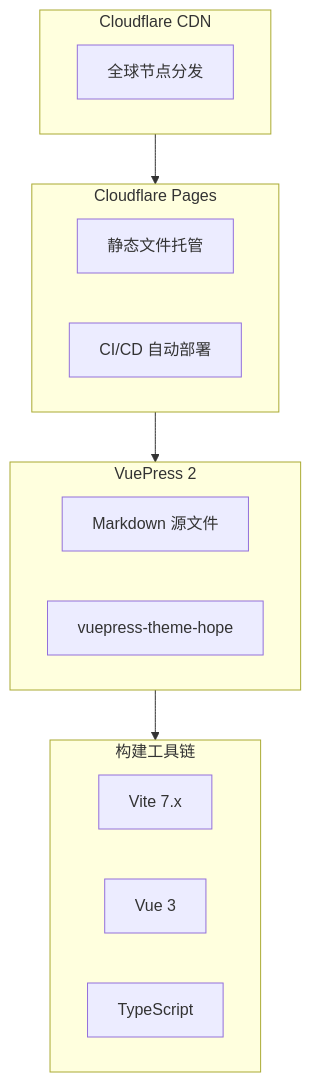
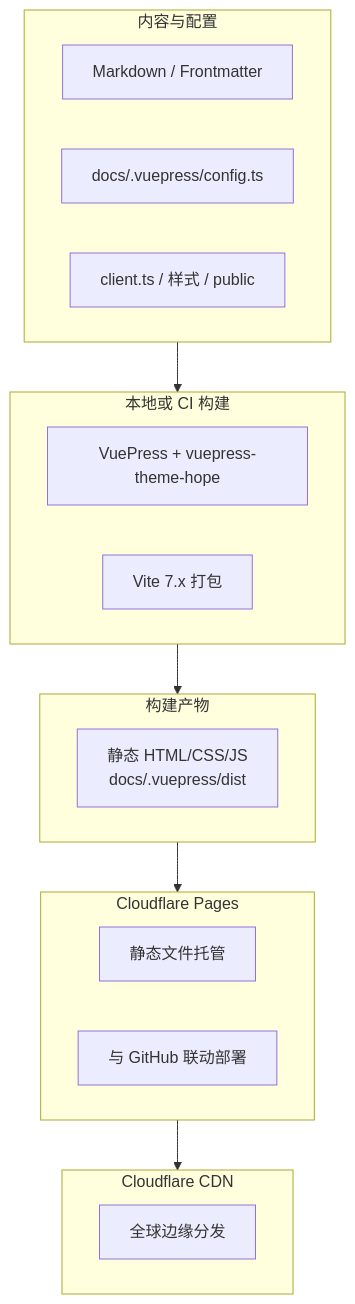
The first of 2 diagrams in docs/_posts/blog-tech-architecture.md (zhaofutao04/zblog), drawn with Mermaid before and after one commit. The commit also changed other lines of this file and 6 other files, not shown here.

````diff
--- a/docs/_posts/blog-tech-architecture.md
+++ b/docs/_posts/blog-tech-architecture.md
@@ -25,26 +34,31 @@
 ```mermaid
 flowchart TB
-    subgraph CDN["Cloudflare CDN"]
-        A1["全球节点分发"]
+    subgraph Source["内容与配置"]
+        S1["Markdown / Frontmatter"]
+        S2["docs/.vuepress/config.ts"]
+        S3["client.ts / 样式 / public"]
+    end
+
+    subgraph Build["本地或 CI 构建"]
+        B1["VuePress + vuepress-theme-hope"]
+        B2["Vite 7.x 打包"]
+    end
+
+    subgraph Artifact["构建产物"]
+        A1["静态 HTML/CSS/JS<br/>docs/.vuepress/dist"]
     end
 
     subgraph Pages["Cloudflare Pages"]
-        B1["静态文件托管"]
-        B2["CI/CD 自动部署"]
+        P1["静态文件托管"]
+        P2["与 GitHub 联动部署"]
     end
 
-    subgraph VuePress["VuePress 2"]
-        C1["Markdown 源文件"]
-        C2["vuepress-theme-hope"]
+    subgraph CDN["Cloudflare CDN"]
+        C1["全球边缘分发"]
     end
 
-    subgraph Build["构建工具链"]
-        D1["Vite 7.x"]
-        D2["Vue 3"]
-        D3["TypeScript"]
-    end
-
-    CDN --> Pages
-    Pages --> VuePress
-    VuePress --> Build
+    Source --> Build
+    Build --> Artifact
+    Artifact --> Pages
+    Pages --> CDN
 ```
````
